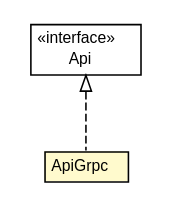
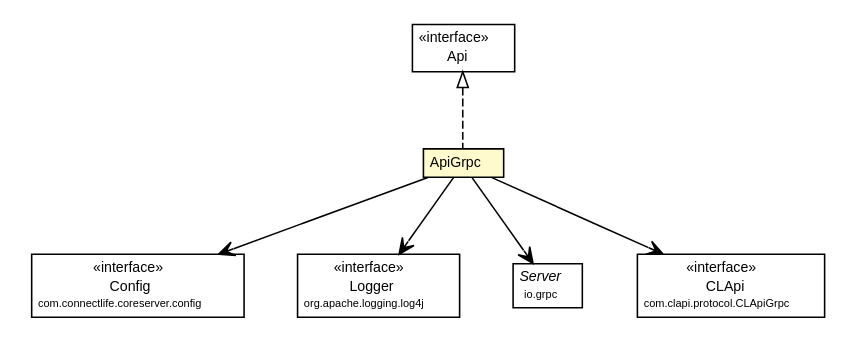
One commit to ericpinet/ConnectLife changed the diagram in javadoc/coreserver/com/connectlife/coreserver/apiserver/ApiGrpc.dot. Above: the diagram before and after it, drawn with Graphviz. The commit also changed 432 other files, not shown here.

```diff
--- a/javadoc/coreserver/com/connectlife/coreserver/apiserver/ApiGrpc.dot
+++ b/javadoc/coreserver/com/connectlife/coreserver/apiserver/ApiGrpc.dot
@@ -1,27 +1,66 @@
 #!/usr/local/bin/dot
 #
 # Class diagram 
 # Generated by UMLGraph version 5.1 (http://www.umlgraph.org/)
 #
 
 digraph G {
 	edge [fontname="Helvetica",fontsize=10,labelfontname="Helvetica",labelfontsize=10];
 	node [fontname="Helvetica",fontsize=10,shape=plaintext];
 	nodesep=0.25;
 	ranksep=0.5;
 	// com.connectlife.coreserver.apiserver.ApiGrpc
-	c969 [label=<<table title="com.connectlife.coreserver.apiserver.ApiGrpc" border="0" cellborder="1" cellspacing="0" cellpadding="2" port="p" bgcolor="lemonChiffon" href="./ApiGrpc.html">
+	c1084 [label=<<table title="com.connectlife.coreserver.apiserver.ApiGrpc" border="0" cellborder="1" cellspacing="0" cellpadding="2" port="p" bgcolor="lemonChiffon" href="./ApiGrpc.html">
 		<tr><td><table border="0" cellspacing="0" cellpadding="1">
 <tr><td align="center" balign="center"> ApiGrpc </td></tr>
 		</table></td></tr>
-		</table>>, fontname="Helvetica", fontcolor="black", fontsize=10.0];
+		</table>>, fontname="Helvetica", fontcolor="black", fontsize=9.0];
 	// com.connectlife.coreserver.apiserver.Api
-	c970 [label=<<table title="com.connectlife.coreserver.apiserver.Api" border="0" cellborder="1" cellspacing="0" cellpadding="2" port="p" href="./Api.html">
+	c1085 [label=<<table title="com.connectlife.coreserver.apiserver.Api" border="0" cellborder="1" cellspacing="0" cellpadding="2" port="p" href="./Api.html">
 		<tr><td><table border="0" cellspacing="0" cellpadding="1">
 <tr><td align="center" balign="center"> &#171;interface&#187; </td></tr>
 <tr><td align="center" balign="center"> Api </td></tr>
 		</table></td></tr>
-		</table>>, fontname="Helvetica", fontcolor="black", fontsize=10.0];
+		</table>>, fontname="Helvetica", fontcolor="black", fontsize=9.0];
+	// com.connectlife.coreserver.config.Config
+	c1108 [label=<<table title="com.connectlife.coreserver.config.Config" border="0" cellborder="1" cellspacing="0" cellpadding="2" port="p" href="../config/Config.html">
+		<tr><td><table border="0" cellspacing="0" cellpadding="1">
+<tr><td align="center" balign="center"> &#171;interface&#187; </td></tr>
+<tr><td align="center" balign="center"> Config </td></tr>
+<tr><td align="center" balign="center"><font point-size="7.0"> com.connectlife.coreserver.config </font></td></tr>
+		</table></td></tr>
+		</table>>, fontname="Helvetica", fontcolor="black", fontsize=9.0];
 	//com.connectlife.coreserver.apiserver.ApiGrpc implements com.connectlife.coreserver.apiserver.Api
-	c970:p -> c969:p [dir=back,arrowtail=empty,style=dashed];
+	c1085:p -> c1084:p [dir=back,arrowtail=empty,style=dashed];
+	// com.connectlife.coreserver.apiserver.ApiGrpc NAVASSOC org.apache.logging.log4j.Logger
+	c1084:p -> c1114:p [taillabel="", label="", headlabel="", fontname="Helvetica", fontcolor="black", fontsize=10.0, color="black", arrowhead=open];
+	// com.connectlife.coreserver.apiserver.ApiGrpc NAVASSOC com.connectlife.coreserver.config.Config
+	c1084:p -> c1108:p [taillabel="", label="", headlabel="", fontname="Helvetica", fontcolor="black", fontsize=10.0, color="black", arrowhead=open];
+	// com.connectlife.coreserver.apiserver.ApiGrpc NAVASSOC io.grpc.Server
+	c1084:p -> c1116:p [taillabel="", label="", headlabel="", fontname="Helvetica", fontcolor="black", fontsize=10.0, color="black", arrowhead=open];
+	// com.connectlife.coreserver.apiserver.ApiGrpc NAVASSOC com.clapi.protocol.CLApiGrpc.CLApi
+	c1084:p -> c1117:p [taillabel="", label="", headlabel="", fontname="Helvetica", fontcolor="black", fontsize=10.0, color="black", arrowhead=open];
+	// com.clapi.protocol.CLApiGrpc.CLApi
+	c1117 [label=<<table title="com.clapi.protocol.CLApiGrpc.CLApi" border="0" cellborder="1" cellspacing="0" cellpadding="2" port="p" href="http://java.sun.com/j2se/1.4.2/docs/api/com/clapi/protocol/CLApiGrpc/CLApi.html">
+		<tr><td><table border="0" cellspacing="0" cellpadding="1">
+<tr><td align="center" balign="center"> &#171;interface&#187; </td></tr>
+<tr><td align="center" balign="center"> CLApi </td></tr>
+<tr><td align="center" balign="center"><font point-size="7.0"> com.clapi.protocol.CLApiGrpc </font></td></tr>
+		</table></td></tr>
+		</table>>, fontname="Helvetica", fontcolor="black", fontsize=9.0];
+	// io.grpc.Server
+	c1116 [label=<<table title="io.grpc.Server" border="0" cellborder="1" cellspacing="0" cellpadding="2" port="p" href="http://java.sun.com/j2se/1.4.2/docs/api/io/grpc/Server.html">
+		<tr><td><table border="0" cellspacing="0" cellpadding="1">
+<tr><td align="center" balign="center"><font face="Helvetica-Oblique"> Server </font></td></tr>
+<tr><td align="center" balign="center"><font point-size="7.0"> io.grpc </font></td></tr>
+		</table></td></tr>
+		</table>>, fontname="Helvetica", fontcolor="black", fontsize=9.0];
+	// org.apache.logging.log4j.Logger
+	c1114 [label=<<table title="org.apache.logging.log4j.Logger" border="0" cellborder="1" cellspacing="0" cellpadding="2" port="p" href="http://java.sun.com/j2se/1.4.2/docs/api/org/apache/logging/log4j/Logger.html">
+		<tr><td><table border="0" cellspacing="0" cellpadding="1">
+<tr><td align="center" balign="center"> &#171;interface&#187; </td></tr>
+<tr><td align="center" balign="center"> Logger </td></tr>
+<tr><td align="center" balign="center"><font point-size="7.0"> org.apache.logging.log4j </font></td></tr>
+		</table></td></tr>
+		</table>>, fontname="Helvetica", fontcolor="black", fontsize=9.0];
 }
```
